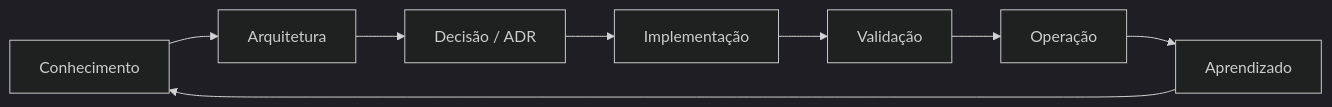
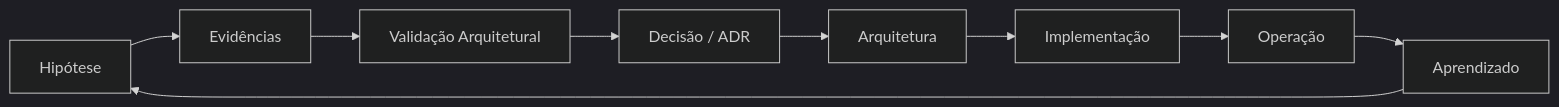
Before and after one commit to guivos-repositorio/Guivos-Knowledge-Repository: the second of 2 diagrams in docs/enterprise-architecture/index.md, drawn with Mermaid (dark theme). The commit also changed other lines of this file, not shown here.

Commit message:
docs(gea): add evidence-based architectural validation principles

````diff
--- a/docs/enterprise-architecture/index.md
+++ b/docs/enterprise-architecture/index.md
@@ -101,10 +119,11 @@
 ```mermaid
 graph LR
-    K[Conhecimento] --> A[Arquitetura]
-    A --> D[Decisão / ADR]
-    D --> I[Implementação]
-    I --> V[Validação]
-    V --> O[Operação]
+    H[Hipótese] --> E[Evidências]
+    E --> V[Validação Arquitetural]
+    V --> D[Decisão / ADR]
+    D --> A[Arquitetura]
+    A --> I[Implementação]
+    I --> O[Operação]
     O --> L[Aprendizado]
-    L --> K
+    L --> H
 ```
````
